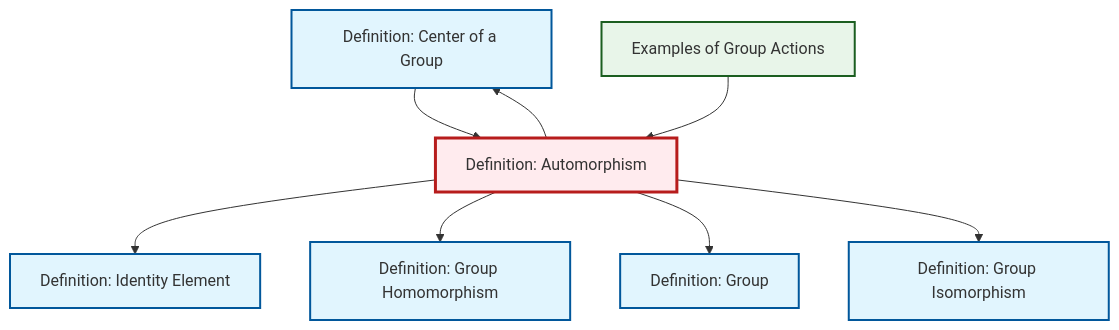
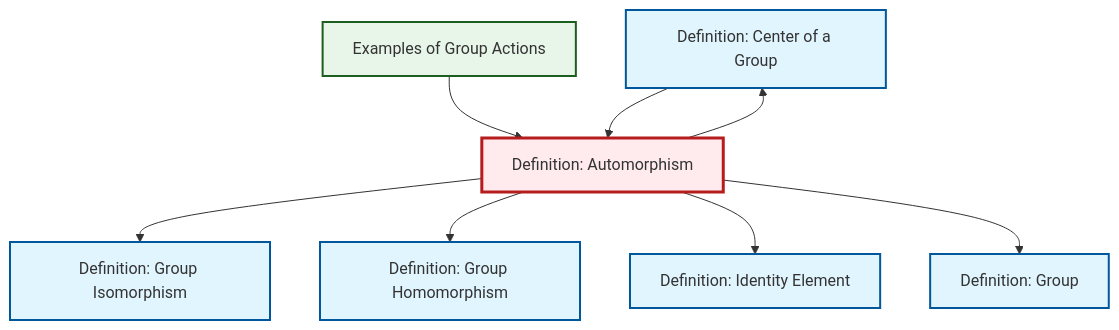
The diagram in content/ja/algebra/def-automorphism.qmd (RK0429/ModernMath), drawn with Mermaid before and after one commit. The commit also changed other lines of this file and 654 other files, not shown here.

````diff
--- a/content/ja/algebra/def-automorphism.qmd
+++ b/content/ja/algebra/def-automorphism.qmd
@@ -101,30 +101,30 @@
 ```{mermaid}
 %%| fig-cap: "Local dependency graph"
 graph TD
     classDef definition fill:#e1f5fe,stroke:#01579b,stroke-width:2px
     classDef theorem fill:#f3e5f5,stroke:#4a148c,stroke-width:2px
     classDef axiom fill:#fff3e0,stroke:#e65100,stroke-width:2px
     classDef example fill:#e8f5e9,stroke:#1b5e20,stroke-width:2px
     classDef current fill:#ffebee,stroke:#b71c1c,stroke-width:3px
+    def-isomorphism["Definition: Group Isomorphism"]:::definition
+    def-center-of-group["Definition: Center of a Group"]:::definition
     def-group["Definition: Group"]:::definition
-    def-center-of-group["Definition: Center of a Group"]:::definition
-    def-isomorphism["Definition: Group Isomorphism"]:::definition
+    ex-group-action-examples["Examples of Group Actions"]:::example
     def-homomorphism["Definition: Group Homomorphism"]:::definition
     def-identity-element["Definition: Identity Element"]:::definition
     def-automorphism["Definition: Automorphism"]:::definition
-    ex-group-action-examples["Examples of Group Actions"]:::example
-    def-automorphism --> def-identity-element
+    def-automorphism --> def-isomorphism
     def-automorphism --> def-homomorphism
-    def-automorphism --> def-group
-    def-center-of-group --> def-automorphism
-    def-automorphism --> def-isomorphism
     ex-group-action-examples --> def-automorphism
     def-automorphism --> def-center-of-group
+    def-center-of-group --> def-automorphism
+    def-automorphism --> def-identity-element
+    def-automorphism --> def-group
     class def-automorphism current
+    click def-isomorphism "def-isomorphism.html" "Definition: Group Isomorphismへ"
+    click def-center-of-group "def-center-of-group.html" "Definition: Center of a Groupへ"
     click def-group "def-group.html" "Definition: Groupへ"
-    click def-center-of-group "def-center-of-group.html" "Definition: Center of a Groupへ"
-    click def-isomorphism "def-isomorphism.html" "Definition: Group Isomorphismへ"
+    click ex-group-action-examples "ex-group-action-examples.html" "Examples of Group Actionsへ"
     click def-homomorphism "def-homomorphism.html" "Definition: Group Homomorphismへ"
     click def-identity-element "def-identity-element.html" "Definition: Identity Elementへ"
-    click ex-group-action-examples "ex-group-action-examples.html" "Examples of Group Actionsへ"
 ```
````
